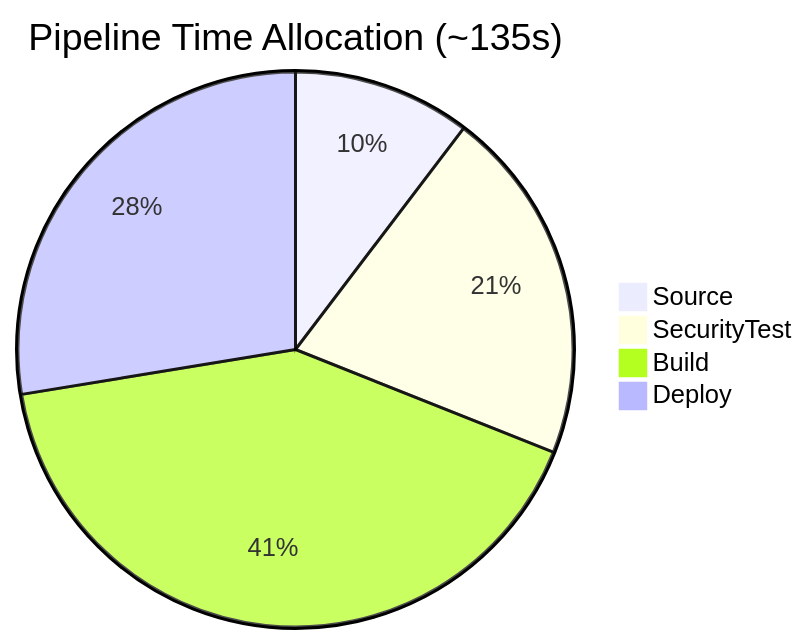
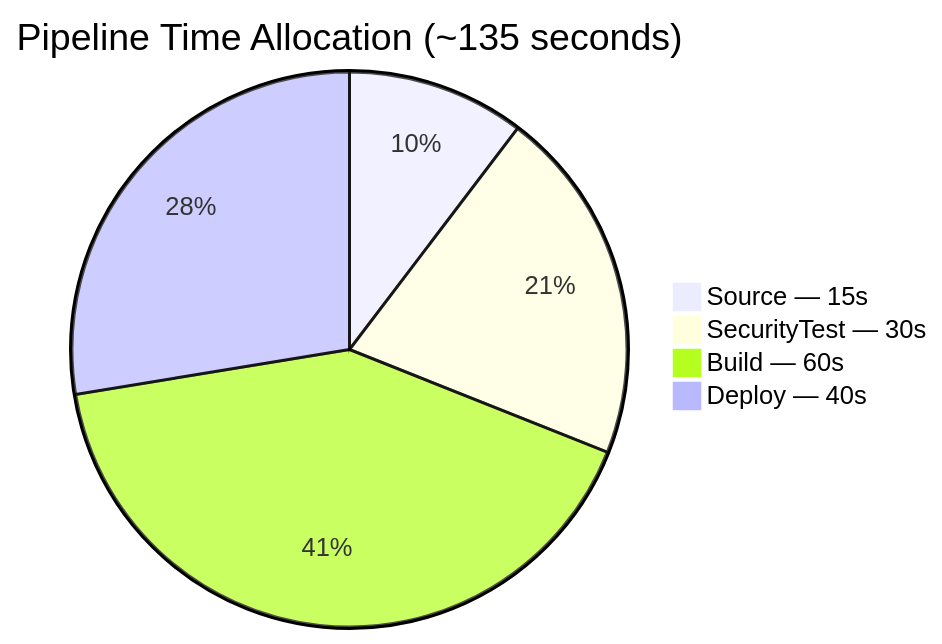
The sixth of 6 diagrams in REPORT.md (WongChinPang/DevSecOps-Pipeline), drawn with Mermaid before and after one commit. The commit also changed other lines of this file, not shown here.

Commit message:
docs: final corrected report — 6 sections, 18 tables, 6 diagrams, third-person, all facts verified against codebase

````diff
--- a/REPORT.md
+++ b/REPORT.md
@@ -416,7 +418,7 @@
 ```mermaid
-pie title Pipeline Time Allocation (~135s)
-    "Source" : 15
-    "SecurityTest" : 30
-    "Build" : 60
-    "Deploy" : 40
+pie title Pipeline Time Allocation (~135 seconds)
+    "Source — 15s" : 15
+    "SecurityTest — 30s" : 30
+    "Build — 60s" : 60
+    "Deploy — 40s" : 40
 ```
````
